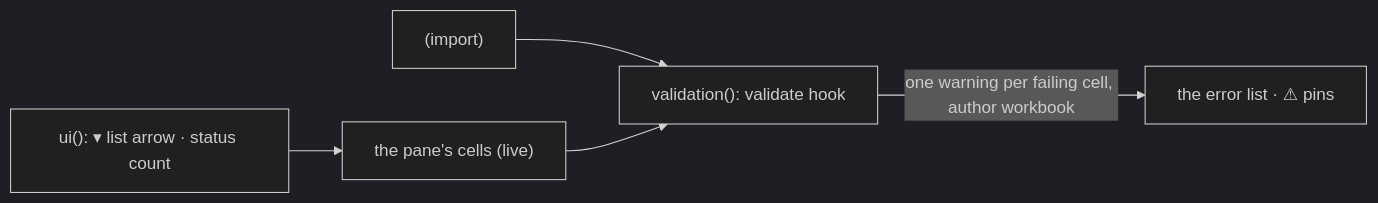
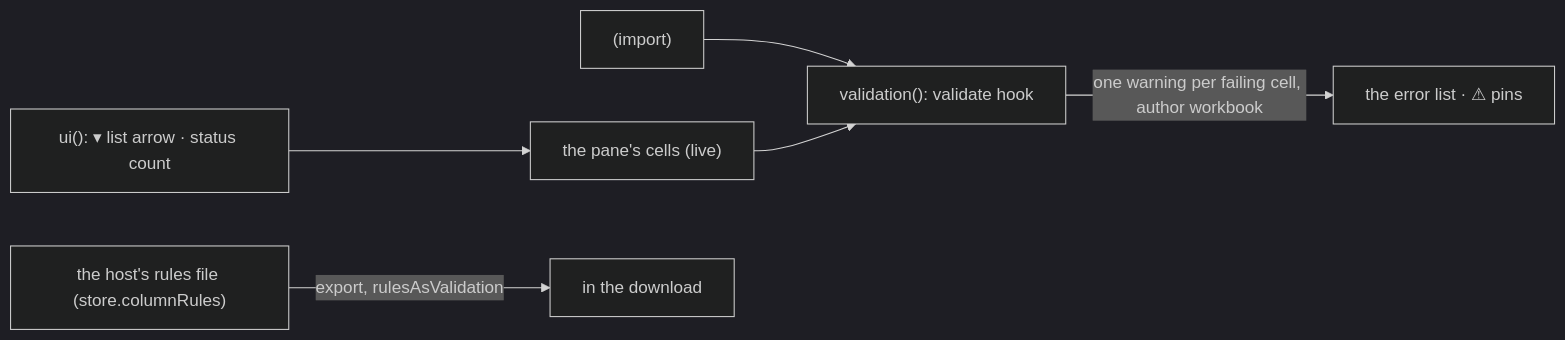
Before and after one commit to arpitarya/sheetpane: the diagram in records/0108_VALIDATION.md, drawn with Mermaid (dark theme). The commit also changed other lines of this file and 29 other files, not shown here.

````diff
--- a/records/0108_VALIDATION.md
+++ b/records/0108_VALIDATION.md
@@ -30,7 +37,8 @@
 ```mermaid
 flowchart LR
     R["<dataValidations> (import)"] --> V["validation(): validate hook"]
     S["the pane's cells (live)"] --> V
     V -->|one warning per failing cell, author workbook| E["the error list · ⚠ pins"]
     U["ui(): ▾ list arrow · status count"] --> S
+    F["the host's rules file (store.columnRules)"] -->|export, rulesAsValidation| D["<dataValidations> in the download"]
 ```
````
